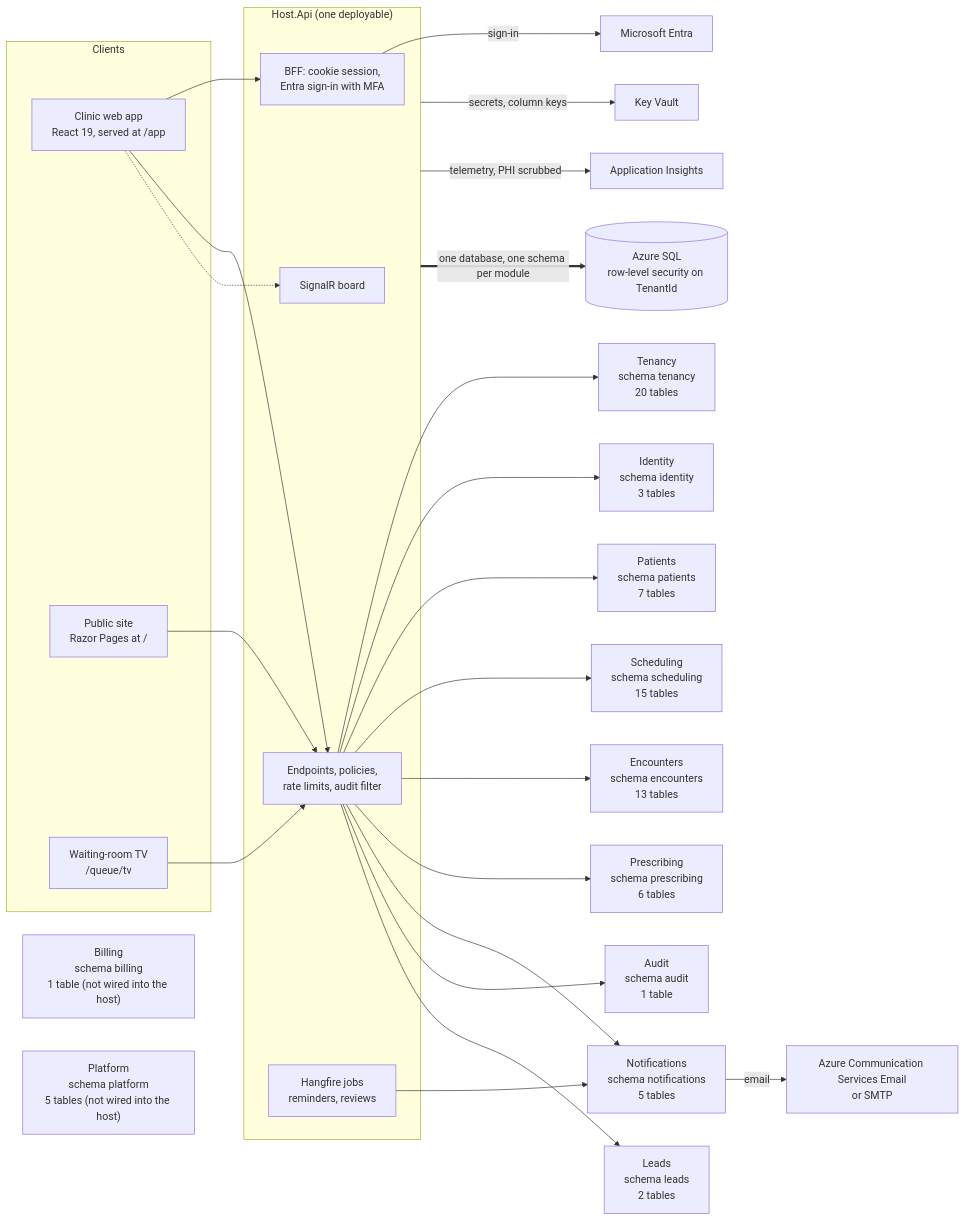
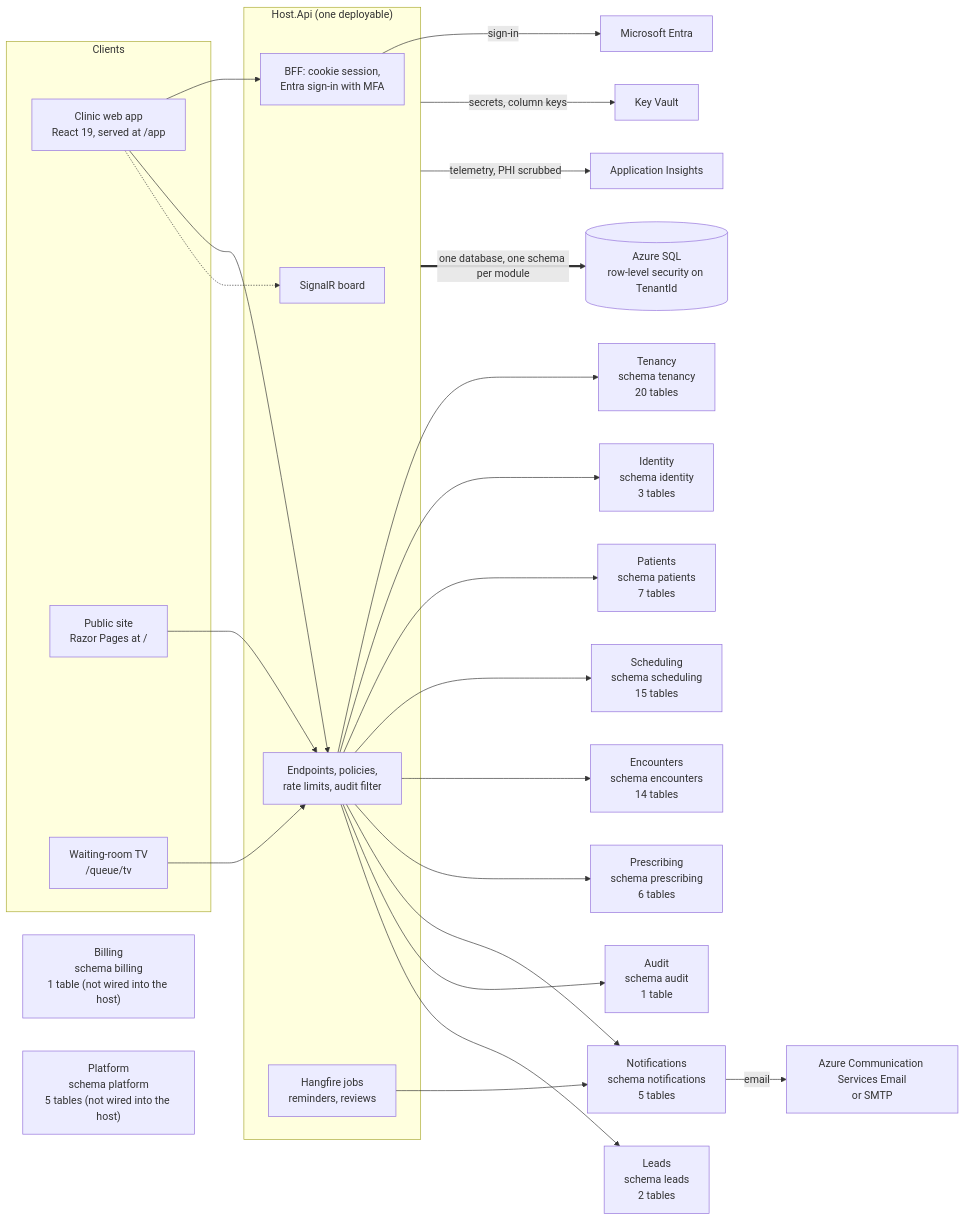
Before and after one commit to ALFRED-LUCIFER/medvya: the first of 14 diagrams in docs/03-architecture/erd.md, drawn with Mermaid. The commit also changed other lines of this file and 28 other files, not shown here.

````diff
--- a/docs/03-architecture/erd.md
+++ b/docs/03-architecture/erd.md
@@ -15,36 +15,36 @@
 ```mermaid
 flowchart LR
   subgraph Clients
     web["Clinic web app<br/>React 19, served at /app"]
     site["Public site<br/>Razor Pages at /"]
     tv["Waiting-room TV<br/>/queue/tv"]
   end
   subgraph Host["Host.Api (one deployable)"]
     bff["BFF: cookie session,<br/>Entra sign-in with MFA"]
     api["Endpoints, policies,<br/>rate limits, audit filter"]
     hub["SignalR board"]
     jobs["Hangfire jobs<br/>reminders, reviews"]
   end
   web --> bff
   web --> api
   web -.-> hub
   tv --> api
   site --> api
   api --> Tenancy["Tenancy<br/>schema tenancy<br/>20 tables"]
   api --> Identity["Identity<br/>schema identity<br/>3 tables"]
   api --> Patients["Patients<br/>schema patients<br/>7 tables"]
   api --> Scheduling["Scheduling<br/>schema scheduling<br/>15 tables"]
-  api --> Encounters["Encounters<br/>schema encounters<br/>13 tables"]
+  api --> Encounters["Encounters<br/>schema encounters<br/>14 tables"]
   api --> Prescribing["Prescribing<br/>schema prescribing<br/>6 tables"]
   api --> Notifications["Notifications<br/>schema notifications<br/>5 tables"]
   api --> Audit["Audit<br/>schema audit<br/>1 table"]
   api --> Leads["Leads<br/>schema leads<br/>2 tables"]
   Billing["Billing<br/>schema billing<br/>1 table (not wired into the host)"]
   Platform["Platform<br/>schema platform<br/>5 tables (not wired into the host)"]
   jobs --> Notifications
   bff -->|"sign-in"| entra["Microsoft Entra"]
   Notifications -->|"email"| mail["Azure Communication Services Email<br/>or SMTP"]
   Host -->|"secrets, column keys"| kv["Key Vault"]
   Host -->|"telemetry, PHI scrubbed"| ai["Application Insights"]
   Host ==>|"one database, one schema per module"| sql[("Azure SQL<br/>row-level security on TenantId")]
 ```
````
